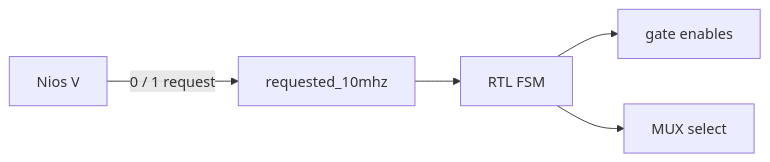
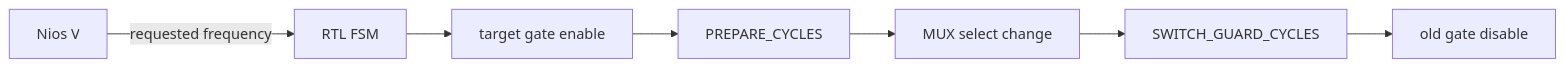
The second of 4 diagrams in README.md (Jiayhocoding/iopll_niosv_50_10_mux_gating), drawn with Mermaid before and after one commit. The commit also changed other lines of this file, not shown here.

````diff
--- a/README.md
+++ b/README.md
@@ -65,7 +64,9 @@
 ```mermaid
 flowchart LR
-    NIOS["Nios V"] -->|"0 / 1 request"| PIO["requested_10mhz"]
-    PIO --> FSM["RTL FSM"]
-    FSM --> GATES["gate enables"]
-    FSM --> SEL["MUX select"]
+    NIOS["Nios V"] -->|"requested frequency"| FSM["RTL FSM"]
+    FSM --> GATE["target gate enable"]
+    GATE --> PREP["PREPARE_CYCLES"]
+    PREP --> SEL["MUX select change"]
+    SEL --> GUARD["SWITCH_GUARD_CYCLES"]
+    GUARD --> OLD["old gate disable"]
 ```
````
